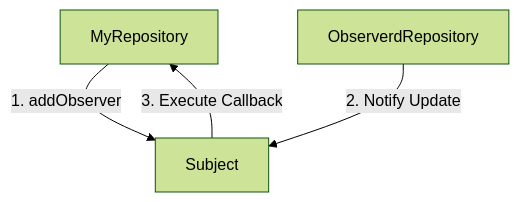
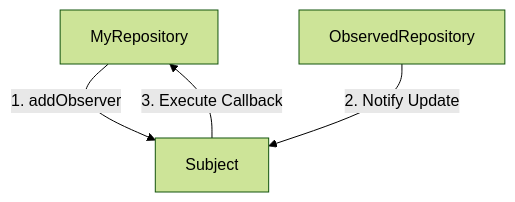
The first of 2 diagrams in README.md (byjg/php-micro-orm), drawn with Mermaid (forest theme) before and after one commit. The commit also changed other lines of this file and 35 other files, not shown here.

````diff
--- a/README.md
+++ b/README.md
@@ -258,6 +258,6 @@
 ```mermaid
 flowchart TD
     A[MyRepository] --> |1. addObserver| B[Subject]
-    C[ObserverdRepository] --> |2. Notify Update| B
+    C[ObservedRepository] --> |2. Notify Update| B
     B --> |3. Execute Callback| A
 ```
````
